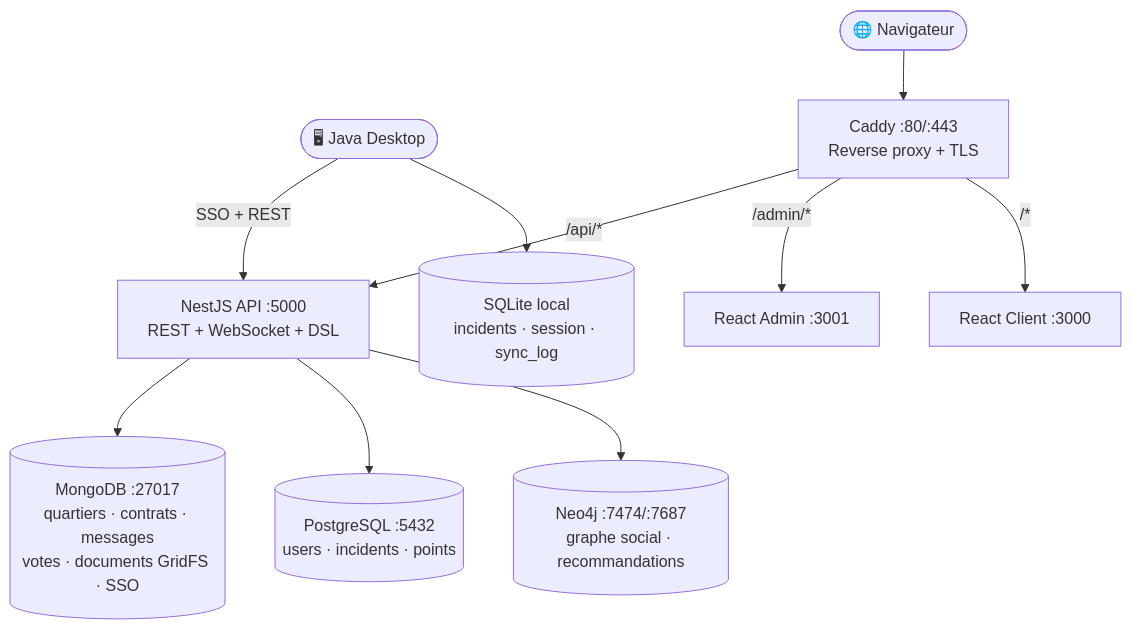
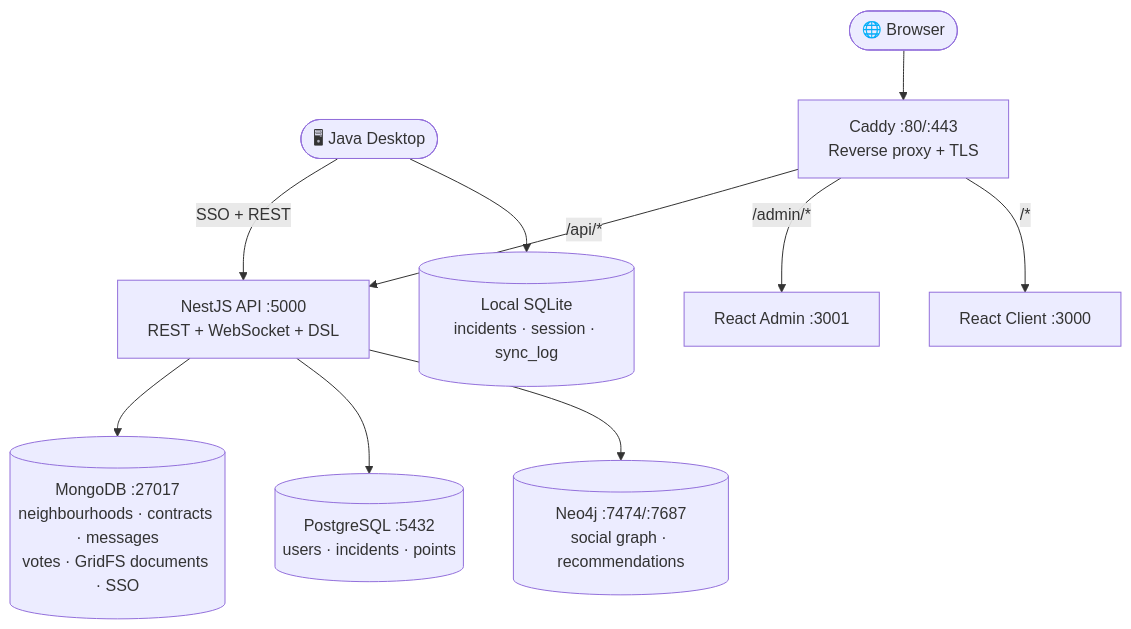
Before and after one commit to creibaud/QuartierConnect: diagram 14 of 20 in docs/RAPPORT-ETAPE3.md, drawn with Mermaid. The commit also changed other lines of this file and 155 other files, not shown here.

````diff
--- a/docs/RAPPORT-ETAPE3.md
+++ b/docs/RAPPORT-ETAPE3.md
@@ -549,17 +549,17 @@
 ```mermaid
 graph TD
-    Browser(["🌐 Navigateur"])
+    Browser(["🌐 Browser"])
     Desktop(["🖥 Java Desktop"])
 
     Browser --> Caddy["Caddy :80/:443<br/>Reverse proxy + TLS"]
     Desktop -->|"SSO + REST"| API
 
     Caddy -->|"/api/*"| API["NestJS API :5000<br/>REST + WebSocket + DSL"]
     Caddy -->|"/admin/*"| Admin["React Admin :3001"]
     Caddy -->|"/*"| Client["React Client :3000"]
 
-    API --> MongoDB[("MongoDB :27017<br/>quartiers · contrats · messages<br/>votes · documents GridFS · SSO")]
+    API --> MongoDB[("MongoDB :27017<br/>neighbourhoods · contracts · messages<br/>votes · GridFS documents · SSO")]
     API --> PostgreSQL[("PostgreSQL :5432<br/>users · incidents · points")]
-    API --> Neo4j[("Neo4j :7474/:7687<br/>graphe social · recommandations")]
-    Desktop --> SQLite[("SQLite local<br/>incidents · session · sync_log")]
+    API --> Neo4j[("Neo4j :7474/:7687<br/>social graph · recommendations")]
+    Desktop --> SQLite[("Local SQLite<br/>incidents · session · sync_log")]
 ```
````
